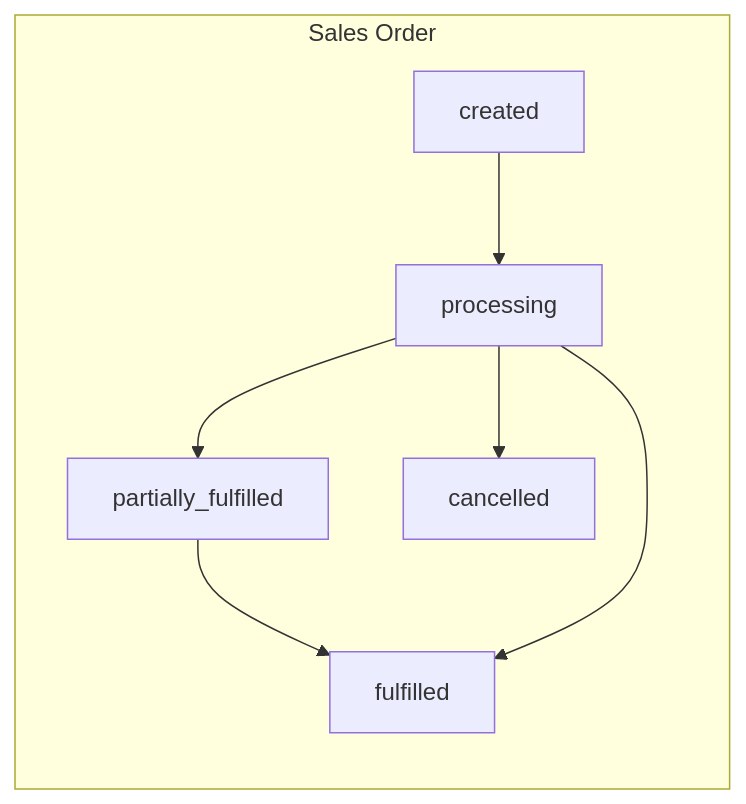
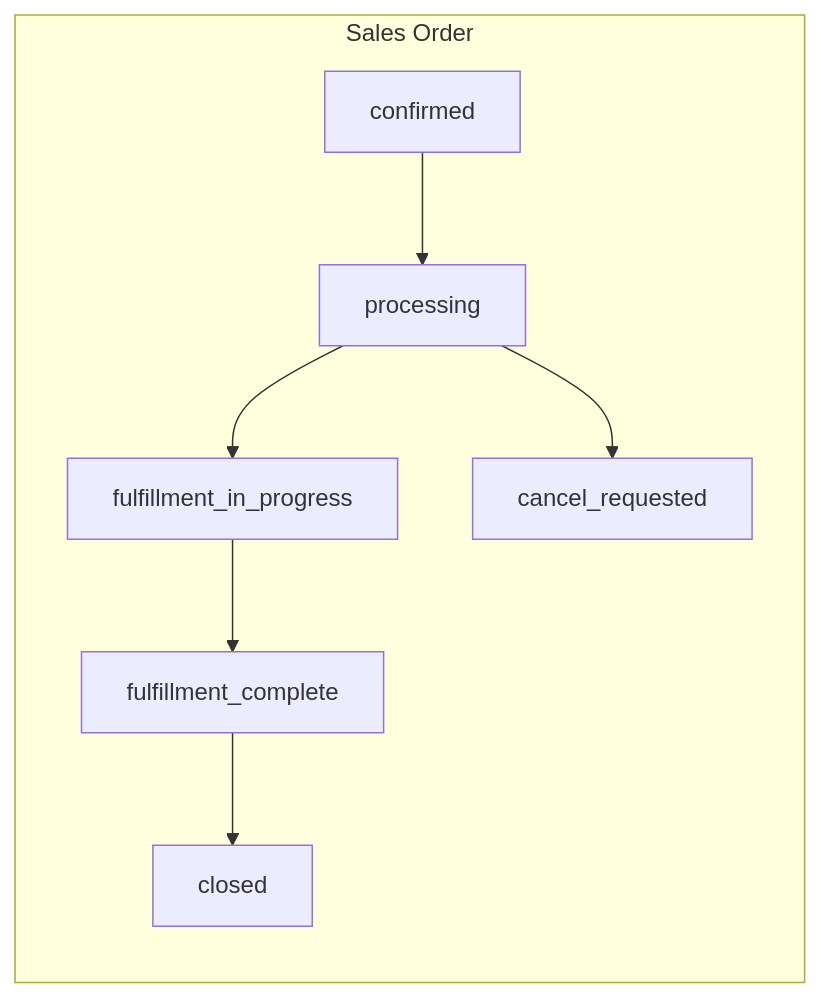
Before and after one commit to TUL09/tul-b2b-platform: the second of 3 diagrams in PRODUCT_REQUIREMENTS.md, drawn with Mermaid. The commit also changed other lines of this file and 8 other files, not shown here.

````diff
--- a/PRODUCT_REQUIREMENTS.md
+++ b/PRODUCT_REQUIREMENTS.md
@@ -118,10 +119,10 @@
 ```mermaid
 graph LR
   subgraph "Sales Order"
-    SO_CREATED["created"] --> SO_PROCESSING["processing"]
-    SO_PROCESSING --> SO_PARTIAL["partially_fulfilled"]
-    SO_PARTIAL --> SO_FULFILLED["fulfilled"]
-    SO_PROCESSING --> SO_FULFILLED
-    SO_PROCESSING --> SO_CANCELLED["cancelled"]
+    SO_CONFIRMED["confirmed"] --> SO_PROCESSING["processing"]
+    SO_PROCESSING --> SO_PARTIAL["fulfillment_in_progress"]
+    SO_PARTIAL --> SO_COMPLETE["fulfillment_complete"]
+    SO_COMPLETE --> SO_CLOSED["closed"]
+    SO_PROCESSING --> SO_CANCEL_REQ["cancel_requested"]
   end
 ```
````
